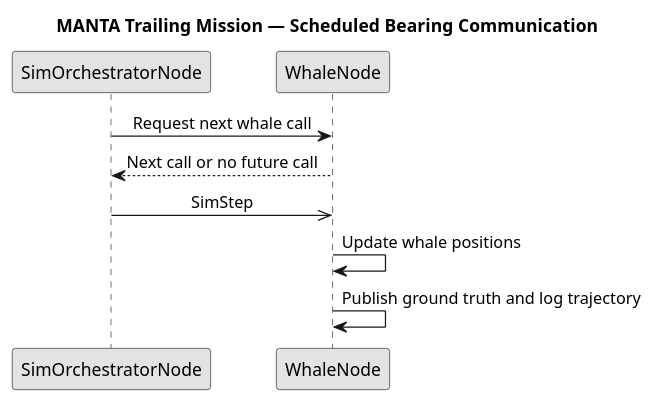
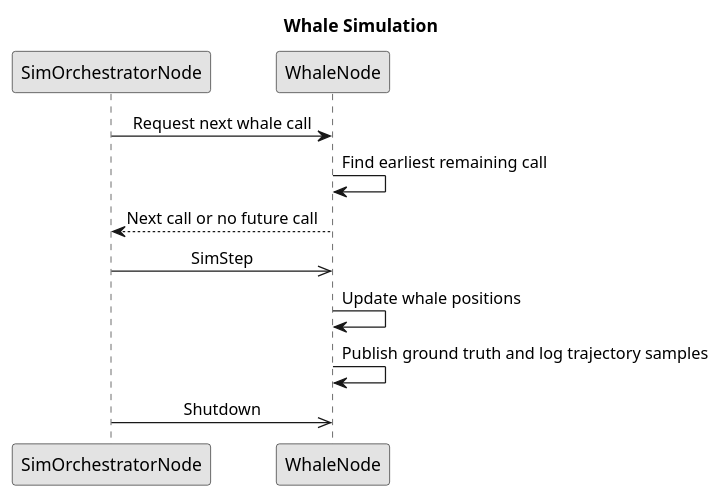
One commit to Tebcherani/MANTA changed the diagram in components/manta_whale_sim/docs/whale_sequence.puml. Above: the diagram before and after it, drawn with PlantUML. The commit also changed 7 other files, not shown here.

```diff
--- a/components/manta_whale_sim/docs/whale_sequence.puml
+++ b/components/manta_whale_sim/docs/whale_sequence.puml
@@ -1,19 +1,22 @@
 @startuml
-title MANTA Trailing Mission — Scheduled Bearing Communication
+title Whale Simulation
 
 skinparam monochrome true
 skinparam shadowing false
 skinparam sequenceMessageAlign center
 skinparam responseMessageBelowArrow true
 
 participant "SimOrchestratorNode" as Orchestrator
 participant "WhaleNode" as Whale
 
 Orchestrator -> Whale : Request next whale call
+Whale -> Whale : Find earliest remaining call
 Whale --> Orchestrator : Next call or no future call
 
 Orchestrator ->> Whale : SimStep
 Whale -> Whale : Update whale positions
-Whale -> Whale : Publish ground truth and log trajectory
+Whale -> Whale : Publish ground truth and log trajectory samples
+
+Orchestrator ->> Whale : Shutdown
 
 @enduml
```
